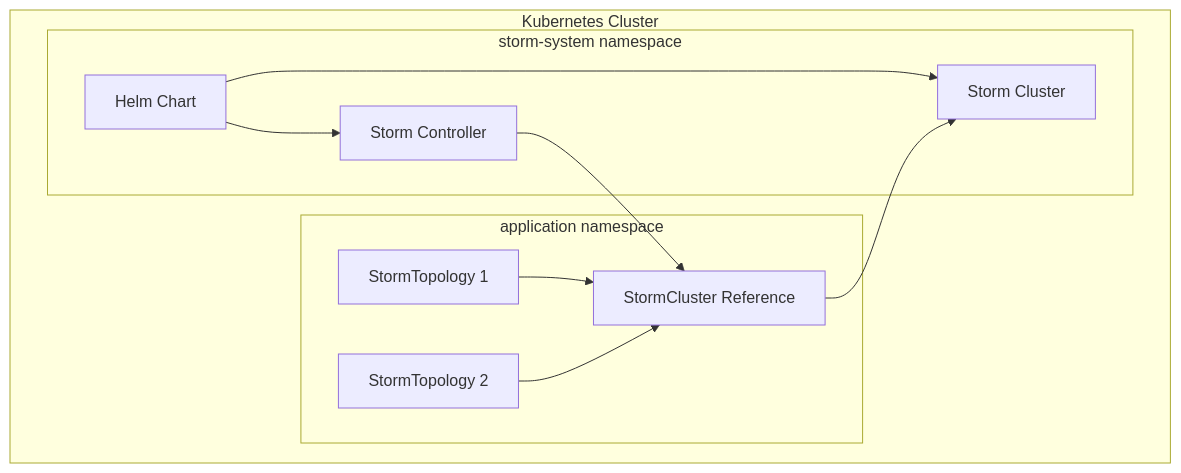
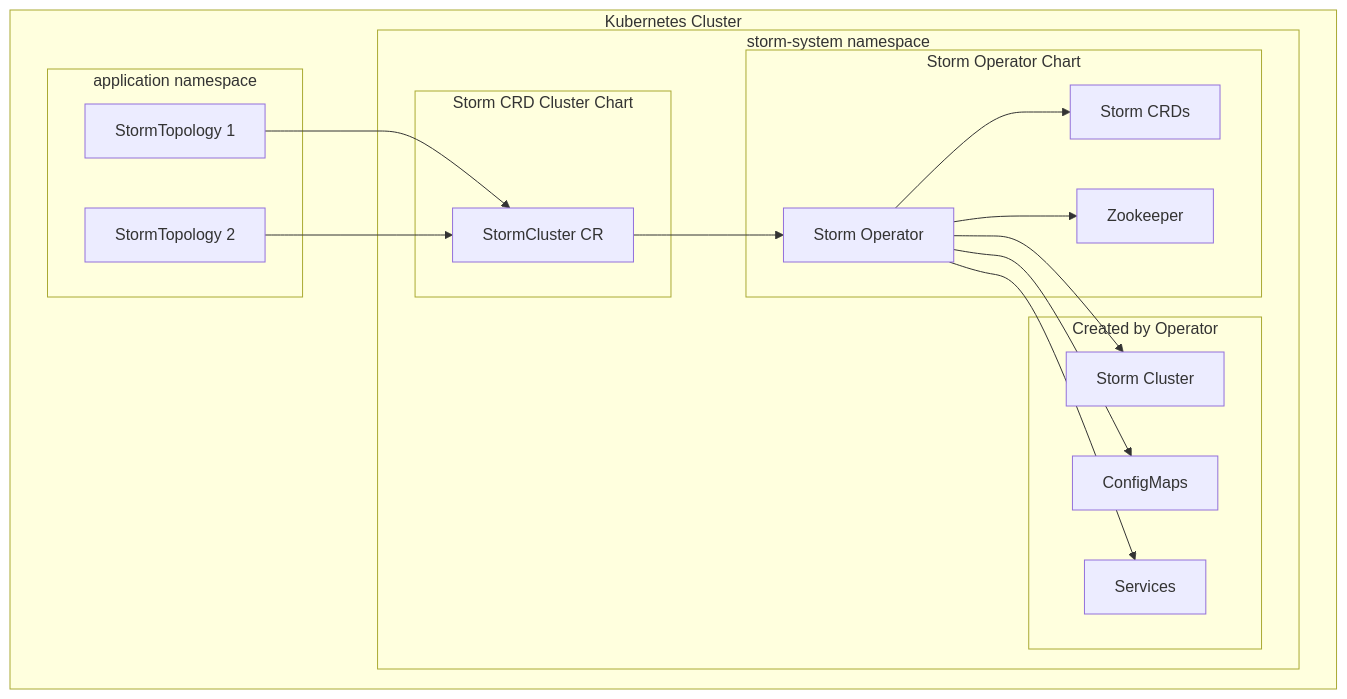
The tenth of 10 diagrams in docs/controller-architecture.md (veteran-chad/storm-controller), drawn with Mermaid before and after one commit. The commit also changed other lines of this file and 74 other files, not shown here.

````diff
--- a/docs/controller-architecture.md
+++ b/docs/controller-architecture.md
@@ -402,23 +450,36 @@
 ```mermaid
 graph TB
     subgraph "Kubernetes Cluster"
         subgraph "storm-system namespace"
-            HC[Helm Chart]
-            SC[Storm Cluster]
-            CO[Storm Controller]
+            subgraph "Storm Operator Chart"
+                OP[Storm Operator]
+                ZK[Zookeeper]
+                CRDs[Storm CRDs]
+            end
+            
+            subgraph "Storm CRD Cluster Chart"
+                SCR[StormCluster CR]
+            end
+            
+            subgraph "Created by Operator"
+                SC[Storm Cluster]
+                CM[ConfigMaps]
+                SVC[Services]
+            end
         end
         
         subgraph "application namespace"
             ST1[StormTopology 1]
             ST2[StormTopology 2]
-            SCR[StormCluster Reference]
         end
     end
     
-    HC --> SC
-    HC --> CO
-    CO --> SCR
-    SCR --> SC
+    OP --> CRDs
+    OP --> ZK
+    SCR --> OP
+    OP --> SC
+    OP --> CM
+    OP --> SVC
     ST1 --> SCR
     ST2 --> SCR
 ```
````
